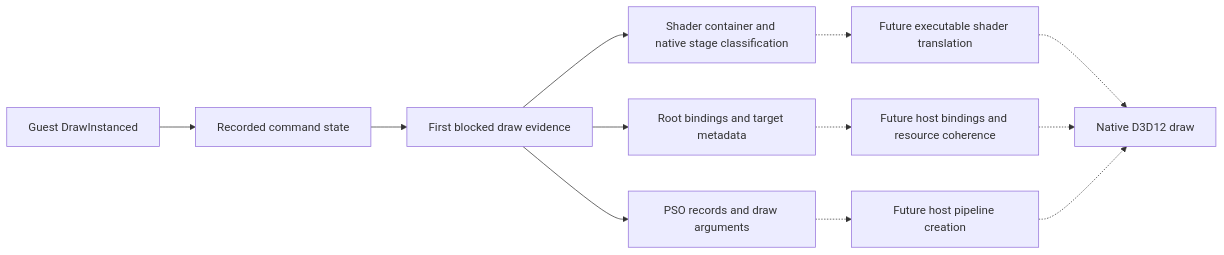
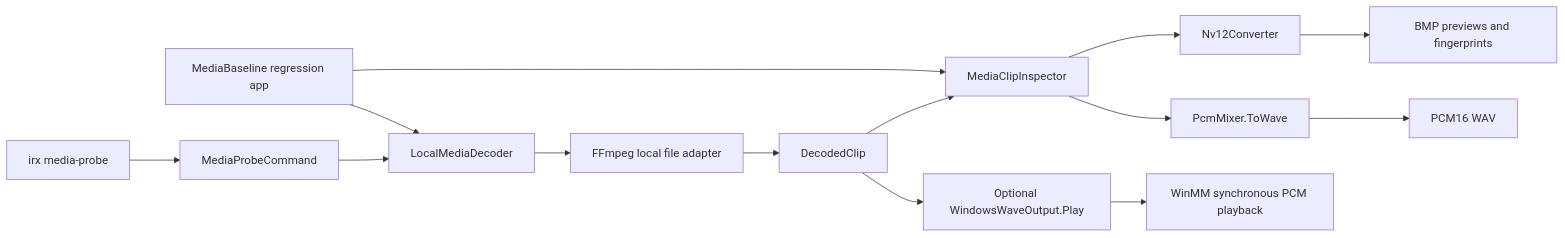
The fourth of 4 diagrams in README.md (DBWilliamEngineering/IraRationis), drawn with Mermaid before and after one commit. The commit also changed other lines of this file and 29 other files, not shown here.

First line of the commit message:
Advance Ira Rationis through the First Light runtime development milestone, establishing native graphics execution, interactive input, improved CPU compatibility, storage contract validation, and foundational media processing.

````diff
--- a/README.md
+++ b/README.md
@@ -397,14 +167,16 @@
 ```mermaid
 flowchart LR
-    A[Guest DrawInstanced] --> B[Recorded command state]
-    B --> C[First blocked draw evidence]
-    C --> D[Shader container and native stage classification]
-    C --> E[Root bindings and target metadata]
-    C --> F[PSO records and draw arguments]
-    D -.-> G[Future executable shader translation]
-    E -.-> H[Future host bindings and resource coherence]
-    F -.-> I[Future host pipeline creation]
-    G -.-> J[Native D3D12 draw]
-    H -.-> J
-    I -.-> J
+    A[irx media-probe] --> B[MediaProbeCommand]
+    B --> C[LocalMediaDecoder]
+    C --> D[FFmpeg local file adapter]
+    D --> E[DecodedClip]
+    E --> F[MediaClipInspector]
+    F --> G[Nv12Converter]
+    F --> H[PcmMixer.ToWave]
+    G --> I[BMP previews and fingerprints]
+    H --> J[PCM16 WAV]
+    E --> K[Optional WindowsWaveOutput.Play]
+    K --> L[WinMM synchronous PCM playback]
+    T[MediaBaseline regression app] --> C
+    T --> F
 ```
````
